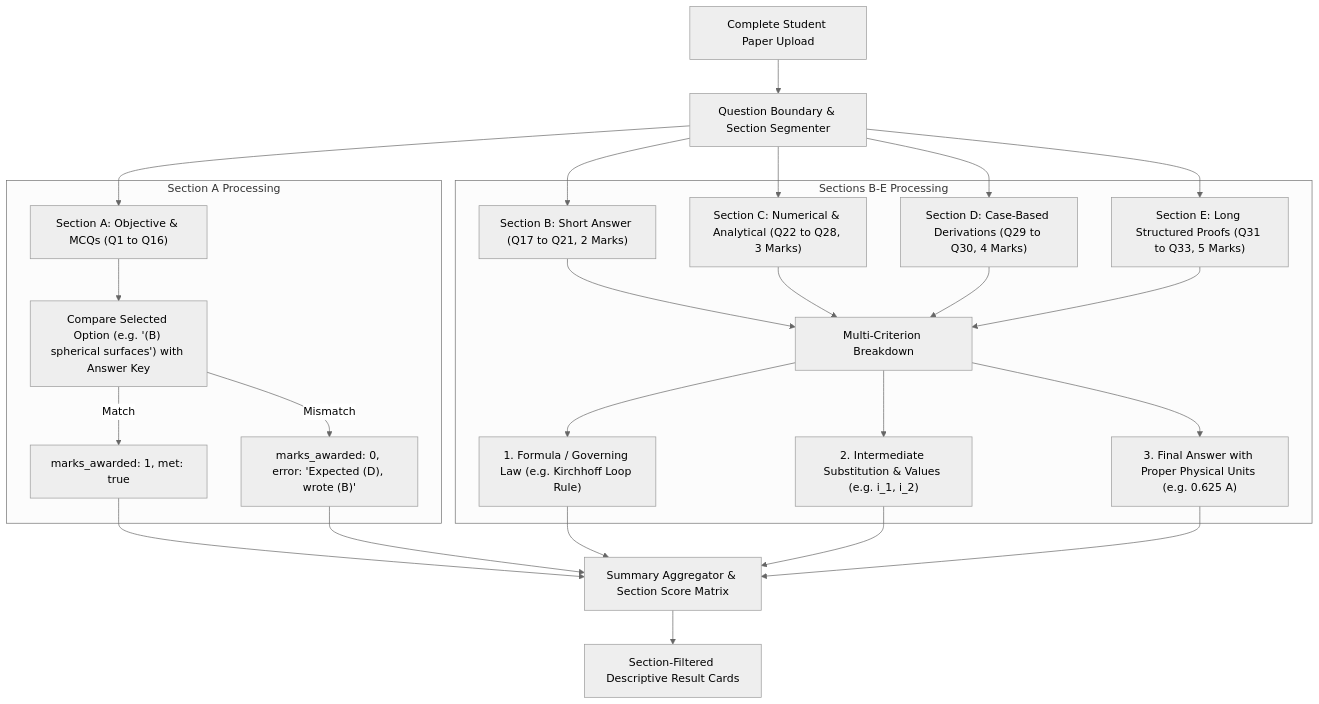
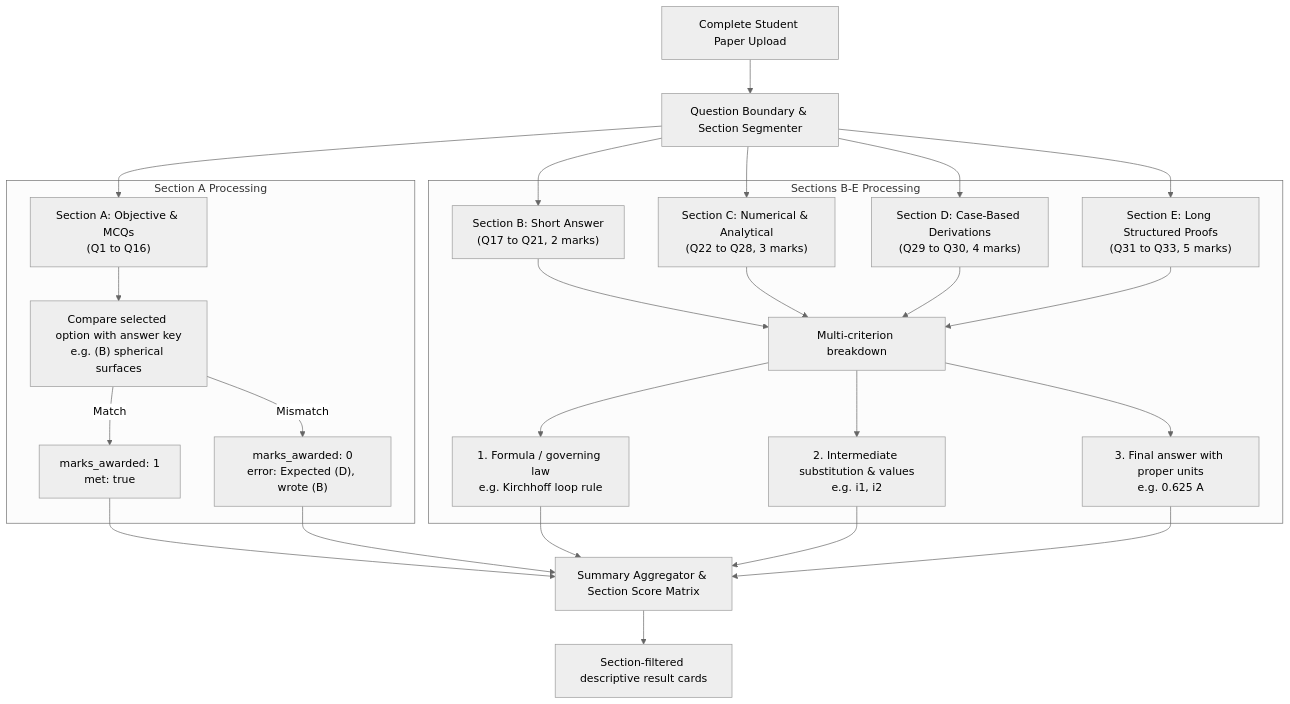
The sixth of 9 diagrams in README.md (DevSars24/PrepForge), drawn with Mermaid (neutral theme) before and after one commit. The commit also changed other lines of this file, not shown here.

````diff
--- a/README.md
+++ b/README.md
@@ -306,26 +329,33 @@
 ```mermaid
 graph TD
     Paper["Complete Student Paper Upload"] --> Parser["Question Boundary & Section Segmenter"]
-    
-    Parser --> SecA["Section A: Objective & MCQs (Q1 to Q16)"]
-    Parser --> SecB["Section B: Short Answer (Q17 to Q21, 2 Marks)"]
-    Parser --> SecC["Section C: Numerical & Analytical (Q22 to Q28, 3 Marks)"]
-    Parser --> SecD["Section D: Case-Based Derivations (Q29 to Q30, 4 Marks)"]
-    Parser --> SecE["Section E: Long Structured Proofs (Q31 to Q33, 5 Marks)"]
+
+    Parser --> SecA["Section A: Objective & MCQs<br/>(Q1 to Q16)"]
+    Parser --> SecB["Section B: Short Answer<br/>(Q17 to Q21, 2 marks)"]
+    Parser --> SecC["Section C: Numerical & Analytical<br/>(Q22 to Q28, 3 marks)"]
+    Parser --> SecD["Section D: Case-Based Derivations<br/>(Q29 to Q30, 4 marks)"]
+    Parser --> SecE["Section E: Long Structured Proofs<br/>(Q31 to Q33, 5 marks)"]
 
     subgraph SecA_Logic ["Section A Processing"]
-        SecA --> MCQCmp["Compare Selected Option (e.g. '(B) spherical surfaces') with Answer Key"]
-        MCQCmp -- Match --> Award1["marks_awarded: 1, met: true"]
-        MCQCmp -- Mismatch --> Award0["marks_awarded: 0, error: 'Expected (D), wrote (B)'"]
+        SecA --> MCQCmp["Compare selected option with answer key<br/>e.g. (B) spherical surfaces"]
+        MCQCmp -- Match --> Award1["marks_awarded: 1<br/>met: true"]
+        MCQCmp -- Mismatch --> Award0["marks_awarded: 0<br/>error: Expected (D), wrote (B)"]
     end
 
     subgraph Descriptive_Logic ["Sections B-E Processing"]
-        SecB & SecC & SecD & SecE --> StepParser["Multi-Criterion Breakdown"]
-        StepParser --> Step1["1. Formula / Governing Law (e.g. Kirchhoff Loop Rule)"]
-        StepParser --> Step2["2. Intermediate Substitution & Values (e.g. i_1, i_2)"]
-        StepParser --> Step3["3. Final Answer with Proper Physical Units (e.g. 0.625 A)"]
+        SecB --> StepParser["Multi-criterion breakdown"]
+        SecC --> StepParser
+        SecD --> StepParser
+        SecE --> StepParser
+        StepParser --> Step1["1. Formula / governing law<br/>e.g. Kirchhoff loop rule"]
+        StepParser --> Step2["2. Intermediate substitution & values<br/>e.g. i1, i2"]
+        StepParser --> Step3["3. Final answer with proper units<br/>e.g. 0.625 A"]
     end
 
-    Award1 & Award0 & Step1 & Step2 & Step3 --> Aggregator["Summary Aggregator & Section Score Matrix"]
-    Aggregator --> OutputCards["Section-Filtered Descriptive Result Cards"]
+    Award1 --> Aggregator["Summary Aggregator & Section Score Matrix"]
+    Award0 --> Aggregator
+    Step1 --> Aggregator
+    Step2 --> Aggregator
+    Step3 --> Aggregator
+    Aggregator --> OutputCards["Section-filtered descriptive result cards"]
 ```
````
